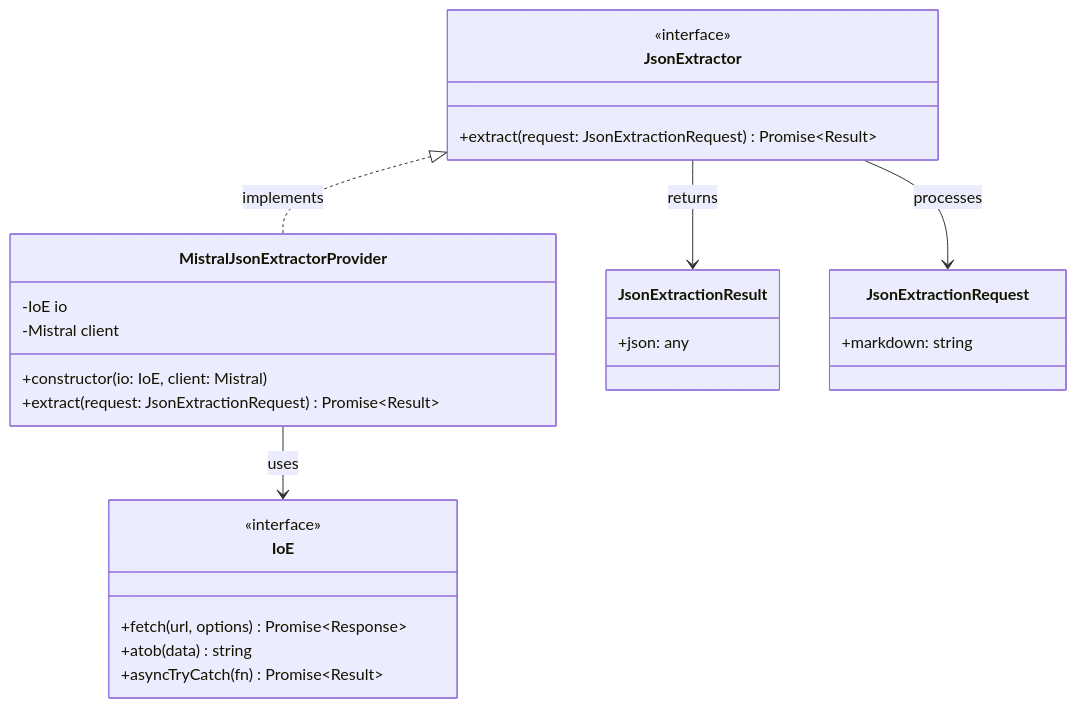
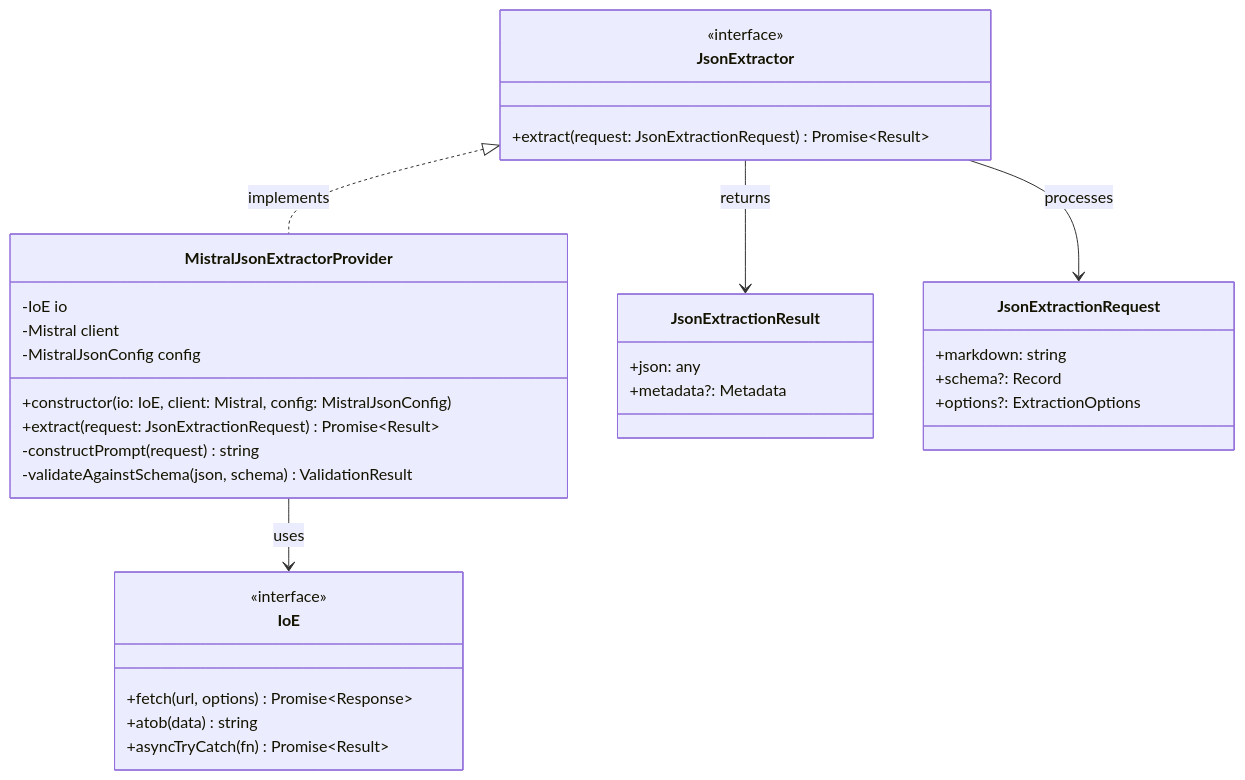
The first of 2 diagrams in docs/json-extraction.md (o2alexanderfedin/OCRChecksServer-demo), drawn with Mermaid before and after one commit. The commit also changed other lines of this file, not shown here.

Commit message:
docs: enhance JSON extraction design document with detailed implementation, examples, and advanced features

````diff
--- a/docs/json-extraction.md
+++ b/docs/json-extraction.md
@@ -66,34 +215,40 @@
 ```mermaid
 classDiagram
     class JsonExtractor {
         <<interface>>
         +extract(request: JsonExtractionRequest) Promise~Result<JsonExtractionResult, Error>~
     }
 
     class MistralJsonExtractorProvider {
         -IoE io
         -Mistral client
-        +constructor(io: IoE, client: Mistral)
+        -MistralJsonConfig config
+        +constructor(io: IoE, client: Mistral, config: MistralJsonConfig)
         +extract(request: JsonExtractionRequest) Promise~Result<JsonExtractionResult, Error>~
+        -constructPrompt(request) string
+        -validateAgainstSchema(json, schema) ValidationResult
     }
 
     class JsonExtractionResult {
         +json: any
+        +metadata?: Metadata
     }
 
     class JsonExtractionRequest {
         +markdown: string
+        +schema?: Record<string, unknown>
+        +options?: ExtractionOptions
     }
 
     class IoE {
         <<interface>>
         +fetch(url, options) Promise~Response~
         +atob(data) string
         +asyncTryCatch(fn) Promise~Result~
     }
 
     JsonExtractor <|.. MistralJsonExtractorProvider : implements
     MistralJsonExtractorProvider --> IoE : uses
     JsonExtractor --> JsonExtractionResult : returns
     JsonExtractor --> JsonExtractionRequest : processes
 ```
````
